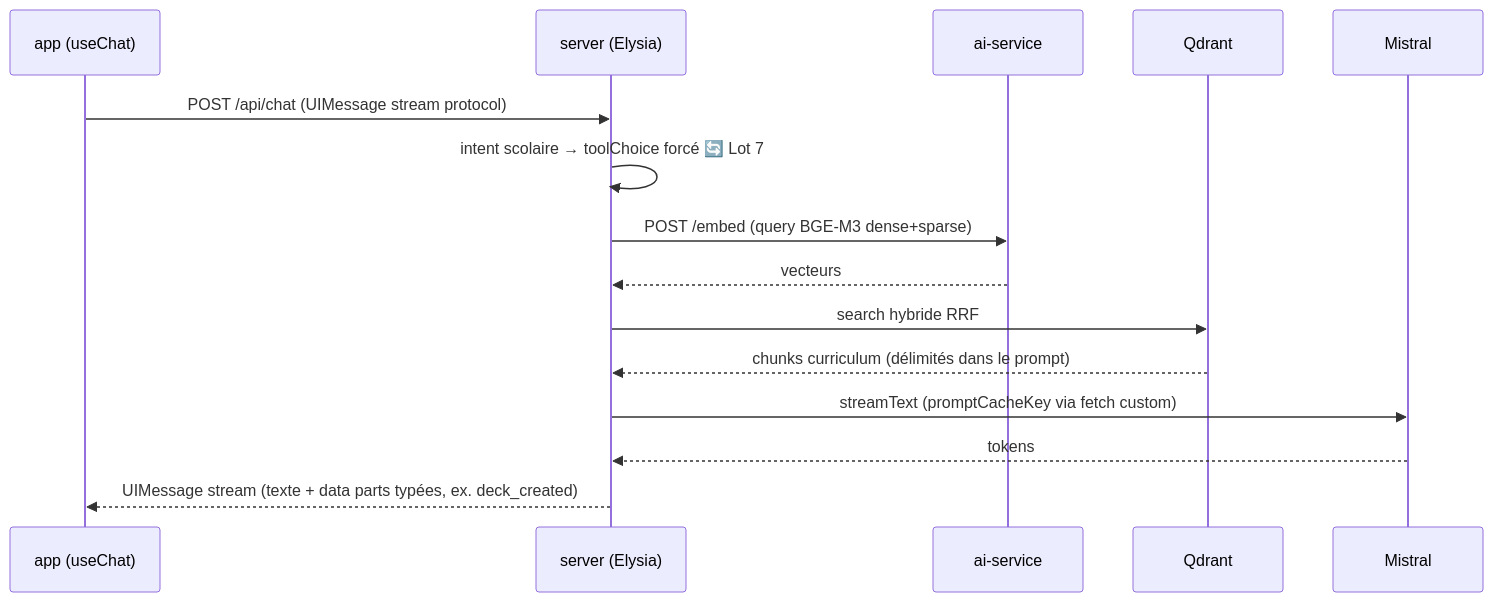
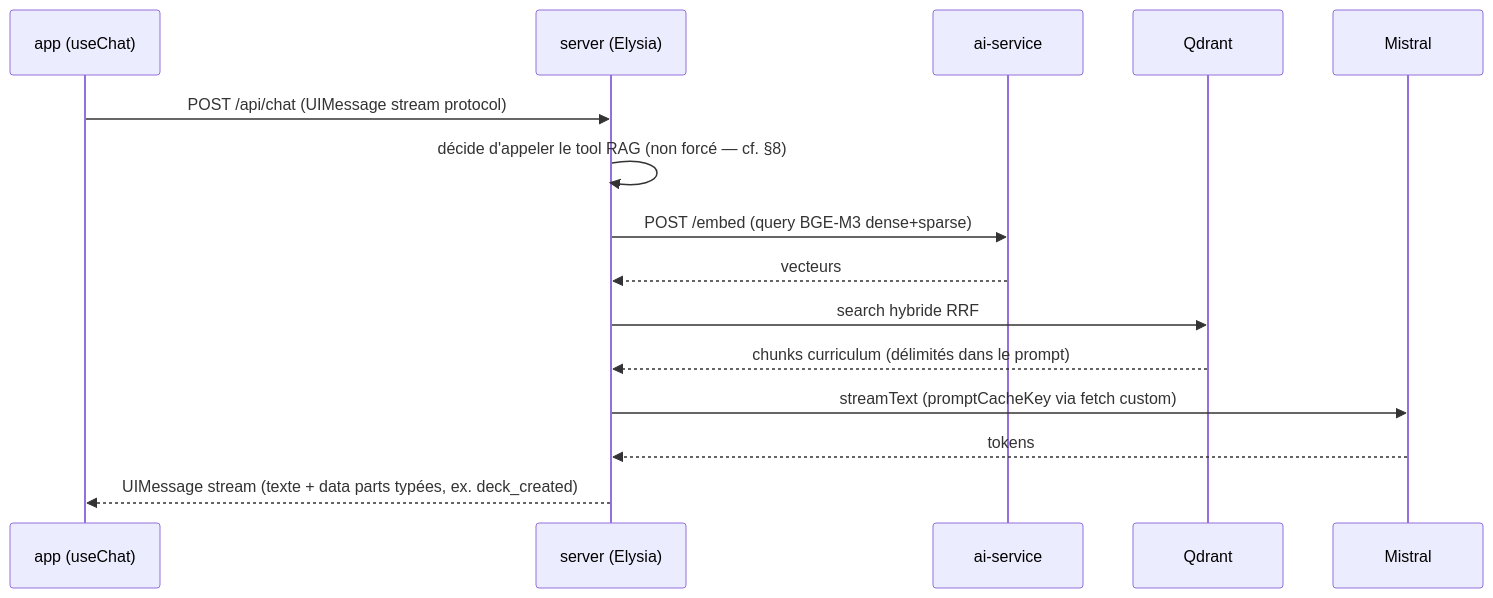
Before and after one commit to VictorNain26/tomai-monorepo: the second of 5 diagrams in docs/architecture/system-design.md, drawn with Mermaid. The commit also changed other lines of this file and 8 other files, not shown here.

````diff
--- a/docs/architecture/system-design.md
+++ b/docs/architecture/system-design.md
@@ -170,18 +171,18 @@
 ```mermaid
 sequenceDiagram
     participant C as app (useChat)
     participant S as server (Elysia)
     participant A as ai-service
     participant Q as Qdrant
     participant M as Mistral
 
     C->>S: POST /api/chat (UIMessage stream protocol)
-    S->>S: intent scolaire → toolChoice forcé 🔄 Lot 7
+    S->>S: décide d'appeler le tool RAG (non forcé — cf. §8)
     S->>A: POST /embed (query BGE-M3 dense+sparse)
     A-->>S: vecteurs
     S->>Q: search hybride RRF
     Q-->>S: chunks curriculum (délimités dans le prompt)
     S->>M: streamText (promptCacheKey via fetch custom)
     M-->>S: tokens
     S-->>C: UIMessage stream (texte + data parts typées, ex. deck_created)
 ```
````
